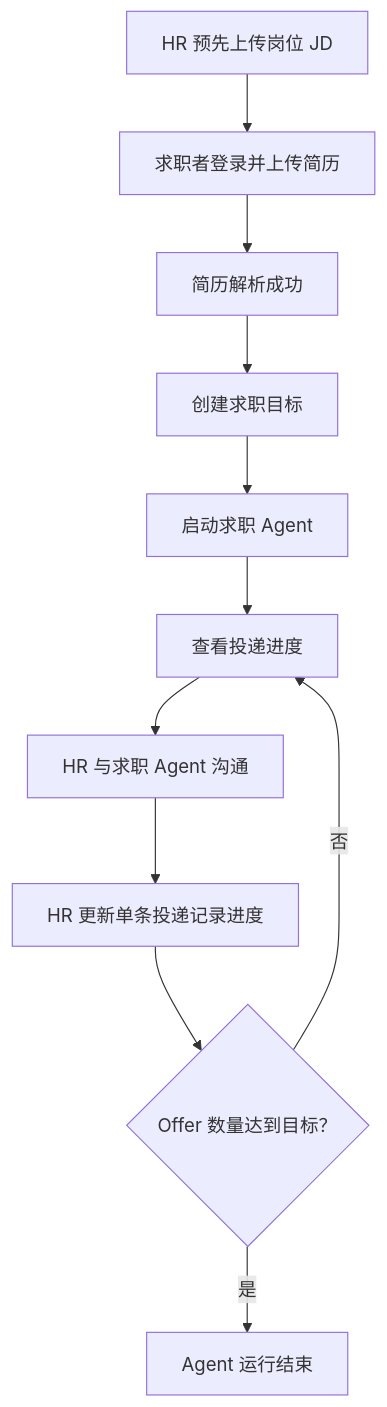
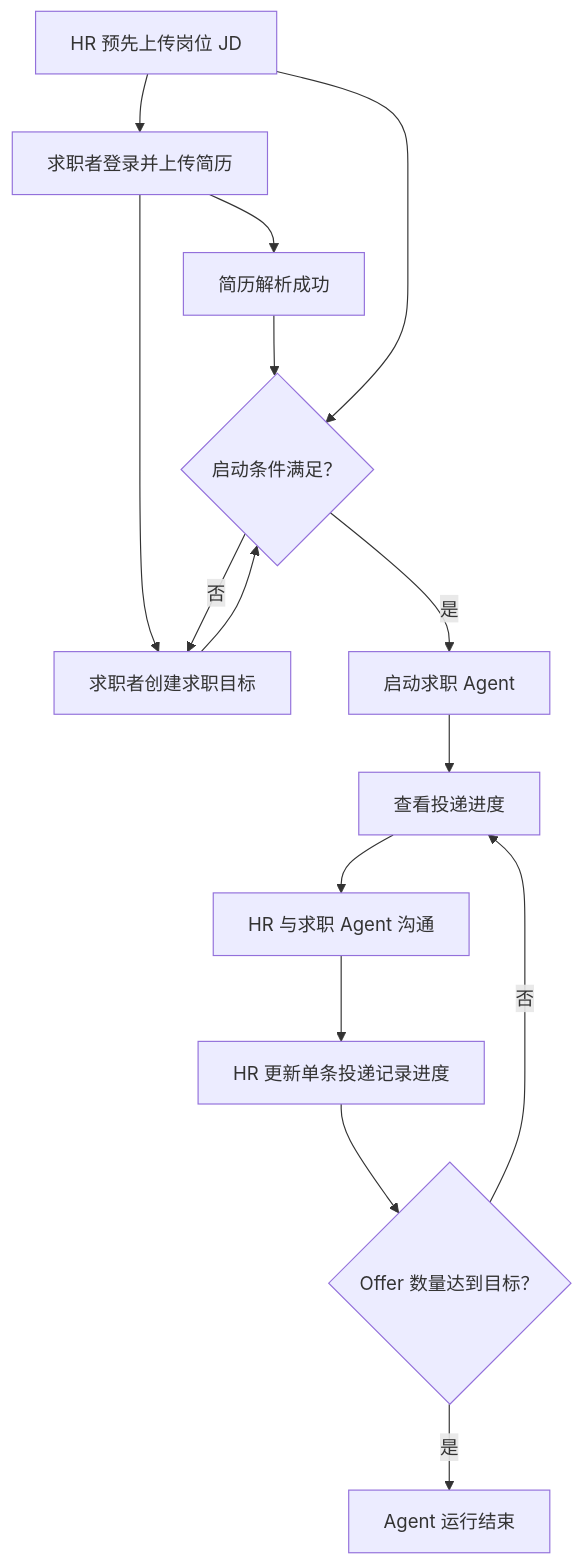
One commit to mingyuexinc/Careerpass changed the first of 5 diagrams in careerpass-frontend/docs/product/frontend-acceptance-flow.md. Above: the diagram before and after it, drawn with Mermaid. The commit also changed other lines of this file and 15 other files, not shown here.

````diff
--- a/careerpass-frontend/docs/product/frontend-acceptance-flow.md
+++ b/careerpass-frontend/docs/product/frontend-acceptance-flow.md
@@ -50,13 +50,17 @@
 ```mermaid
 flowchart TD
     A["HR 预先上传岗位 JD"] --> B["求职者登录并上传简历"]
     B --> C["简历解析成功"]
-    C --> D["创建求职目标"]
-    D --> E["启动求职 Agent"]
-    E --> F["查看投递进度"]
-    F --> G["HR 与求职 Agent 沟通"]
-    G --> H["HR 更新单条投递记录进度"]
-    H --> I{"Offer 数量达到目标？"}
-    I -- "否" --> F
-    I -- "是" --> J["Agent 运行结束"]
+    B --> D["求职者创建求职目标"]
+    C --> E{"启动条件满足？"}
+    D --> E
+    A --> E
+    E -- "是" --> F["启动求职 Agent"]
+    E -- "否" --> D
+    F --> G["查看投递进度"]
+    G --> H["HR 与求职 Agent 沟通"]
+    H --> I["HR 更新单条投递记录进度"]
+    I --> J{"Offer 数量达到目标？"}
+    J -- "否" --> G
+    J -- "是" --> K["Agent 运行结束"]
 ```
````
